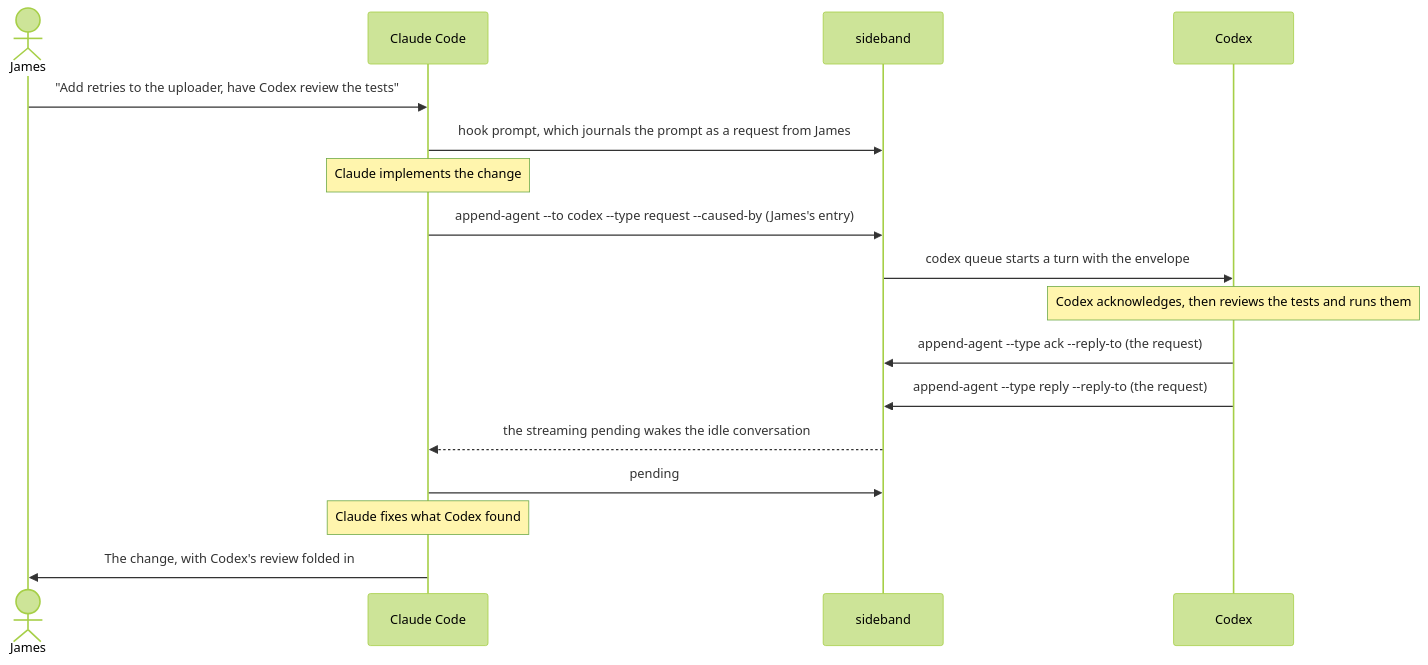
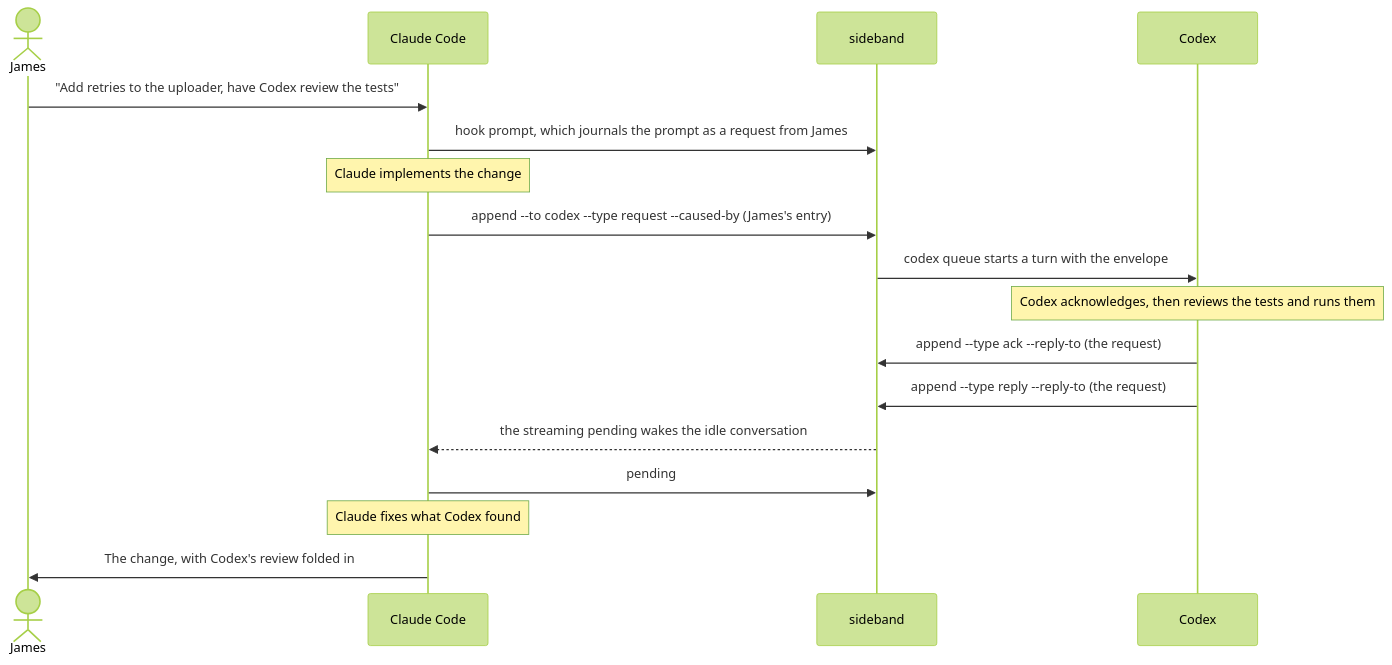
One commit to moltenbits/sideband changed the second of 3 diagrams in README.md. Above: the diagram before and after it, drawn with Mermaid (forest theme). The commit also changed 13 other files, not shown here.

````diff
--- a/README.md
+++ b/README.md
@@ -112,20 +112,20 @@
 ```mermaid
 sequenceDiagram
     actor James
     participant Claude as Claude Code
     participant SB as sideband
     participant Codex
 
     James->>Claude: "Add retries to the uploader, have Codex review the tests"
     Claude->>SB: hook prompt, which journals the prompt as a request from James
     Note over Claude: Claude implements the change
-    Claude->>SB: append-agent --to codex --type request --caused-by (James's entry)
+    Claude->>SB: append --to codex --type request --caused-by (James's entry)
     SB->>Codex: codex queue starts a turn with the envelope
     Note over Codex: Codex acknowledges, then reviews the tests and runs them
-    Codex->>SB: append-agent --type ack --reply-to (the request)
-    Codex->>SB: append-agent --type reply --reply-to (the request)
+    Codex->>SB: append --type ack --reply-to (the request)
+    Codex->>SB: append --type reply --reply-to (the request)
     SB-->>Claude: the streaming pending wakes the idle conversation
     Claude->>SB: pending
     Note over Claude: Claude fixes what Codex found
     Claude->>James: The change, with Codex's review folded in
 ```
````
